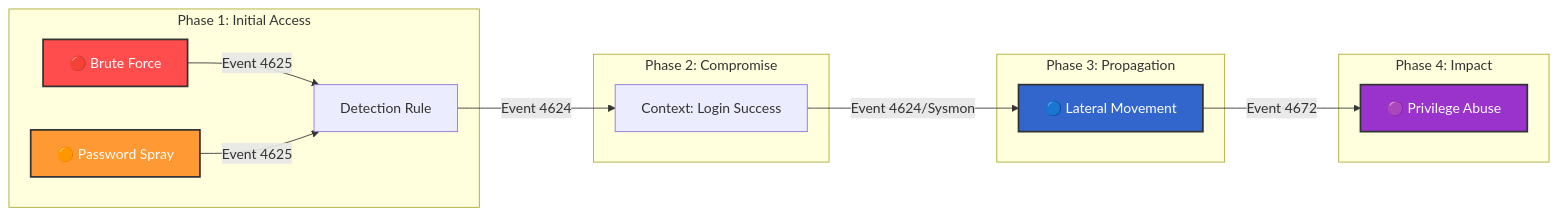
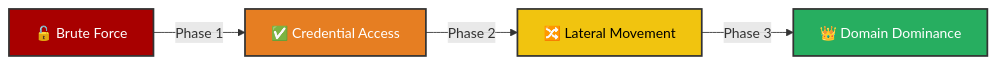
Before and after one commit to Ak-cybe/SOC-Lateral-Movement-Detection-with-MITRE-ATT-CK-Mapping: the diagram in README.md, drawn with Mermaid. The commit also changed other lines of this file, not shown here.

````diff
--- a/README.md
+++ b/README.md
@@ -30,24 +34,11 @@
 ```mermaid
 graph LR
-    subgraph "Phase 1: Initial Access"
-        A[🔴 Brute Force] -->|Event 4625| B[Detection Rule]
-        A2[🟠 Password Spray] -->|Event 4625| B
-    end
-    
-    subgraph "Phase 2: Compromise"
-        B -->|Event 4624| C[Context: Login Success]
-    end
-    
-    subgraph "Phase 3: Propagation"
-        C -->|Event 4624/Sysmon| D[🔵 Lateral Movement]
-    end
-    
-    subgraph "Phase 4: Impact"
-        D -->|Event 4672| E[🟣 Privilege Abuse]
-    end
+    A[🔓 Brute Force] -->|Phase 1| B[✅ Credential Access]
+    B -->|Phase 2| C[🔀 Lateral Movement]
+    C -->|Phase 3| D[👑 Domain Dominance]
 
-    style A fill:#ff4d4d,stroke:#333,stroke-width:2px,color:#fff
-    style A2 fill:#ff9933,stroke:#333,stroke-width:2px,color:#fff
-    style D fill:#3366cc,stroke:#333,stroke-width:2px,color:#fff
-    style E fill:#9933cc,stroke:#333,stroke-width:2px,color:#fff
+    style A fill:#a80000,stroke:#333,stroke-width:2px,color:#fff
+    style B fill:#e67e22,stroke:#333,stroke-width:2px,color:#fff
+    style C fill:#f1c40f,stroke:#333,stroke-width:2px,color:#000
+    style D fill:#27ae60,stroke:#333,stroke-width:2px,color:#fff
 ```
````
